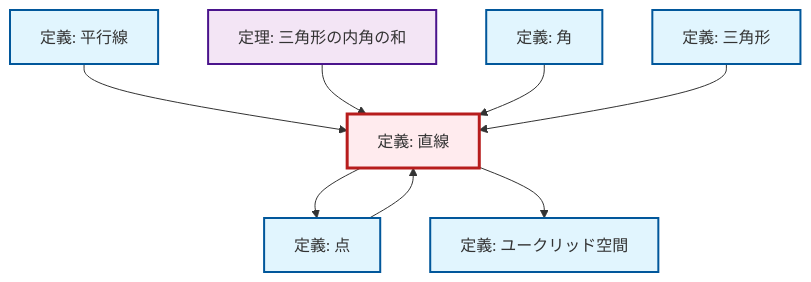
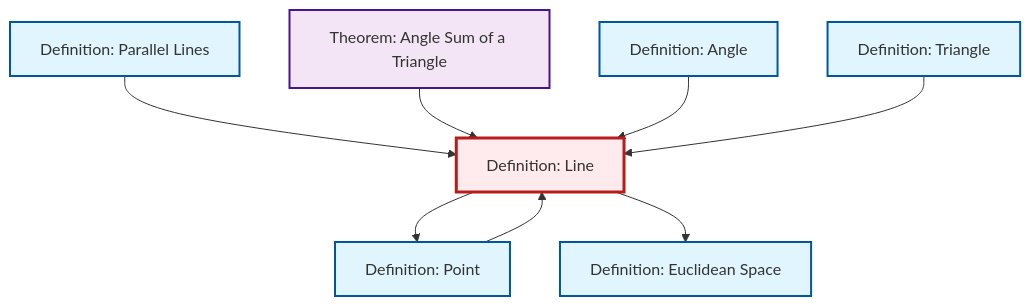
Before and after one commit to RK0429/ModernMath: the diagram in content/ja/geometry/def-line.qmd, drawn with Mermaid. The commit also changed 203 other files, not shown here.

````diff
--- a/content/ja/geometry/def-line.qmd
+++ b/content/ja/geometry/def-line.qmd
@@ -46,31 +46,24 @@
 ```{mermaid}
-%%| fig-cap: "局所依存関係グラフ"
+%%| fig-cap: "Local dependency graph"
 graph TD
     classDef definition fill:#e1f5fe,stroke:#01579b,stroke-width:2px
     classDef theorem fill:#f3e5f5,stroke:#4a148c,stroke-width:2px
     classDef axiom fill:#fff3e0,stroke:#e65100,stroke-width:2px
     classDef example fill:#e8f5e9,stroke:#1b5e20,stroke-width:2px
     classDef current fill:#ffebee,stroke:#b71c1c,stroke-width:3px
-    thm-angle-sum-triangle["定理: 三角形の内角の和"]:::theorem
-    def-triangle["定義: 三角形"]:::definition
-    def-angle["定義: 角"]:::definition
-    def-parallel["定義: 平行線"]:::definition
-    def-euclidean-space["定義: ユークリッド空間"]:::definition
-    def-point["定義: 点"]:::definition
-    def-line["定義: 直線"]:::definition
+    thm-angle-sum-triangle["Theorem: Angle Sum of a Triangle"]:::theorem
+    def-triangle["Definition: Triangle"]:::definition
+    def-angle["Definition: Angle"]:::definition
+    def-parallel["Definition: Parallel Lines"]:::definition
+    def-euclidean-space["Definition: Euclidean Space"]:::definition
+    def-point["Definition: Point"]:::definition
+    def-line["Definition: Line"]:::definition
     def-parallel --> def-line
     def-point --> def-line
     thm-angle-sum-triangle --> def-line
     def-line --> def-point
     def-angle --> def-line
     def-line --> def-euclidean-space
     def-triangle --> def-line
     class def-line current
-
-    click thm-angle-sum-triangle "thm-angle-sum-triangle.html" "Go to 定理: 三角形の内角の和"
-    click def-triangle "def-triangle.html" "Go to 定義: 三角形"
-    click def-angle "def-angle.html" "Go to 定義: 角"
-    click def-parallel "def-parallel.html" "Go to 定義: 平行線"
-    click def-euclidean-space "def-euclidean-space.html" "Go to 定義: ユークリッド空間"
-    click def-point "def-point.html" "Go to 定義: 点"
 ```
````
